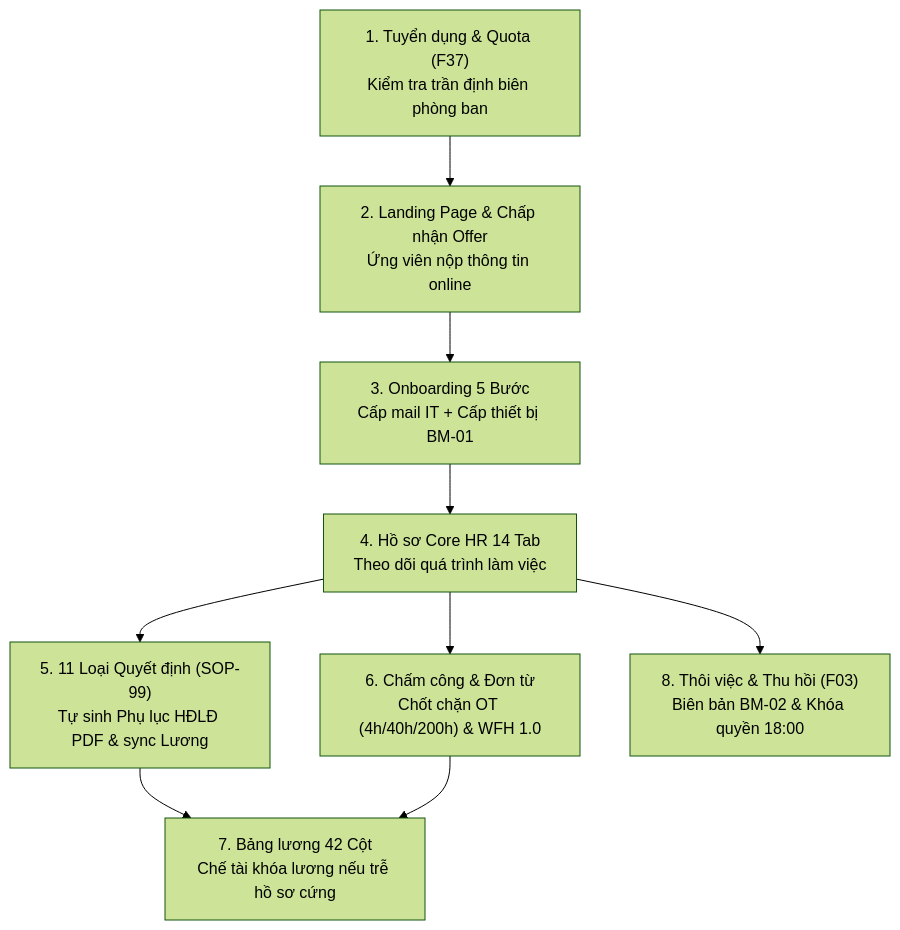
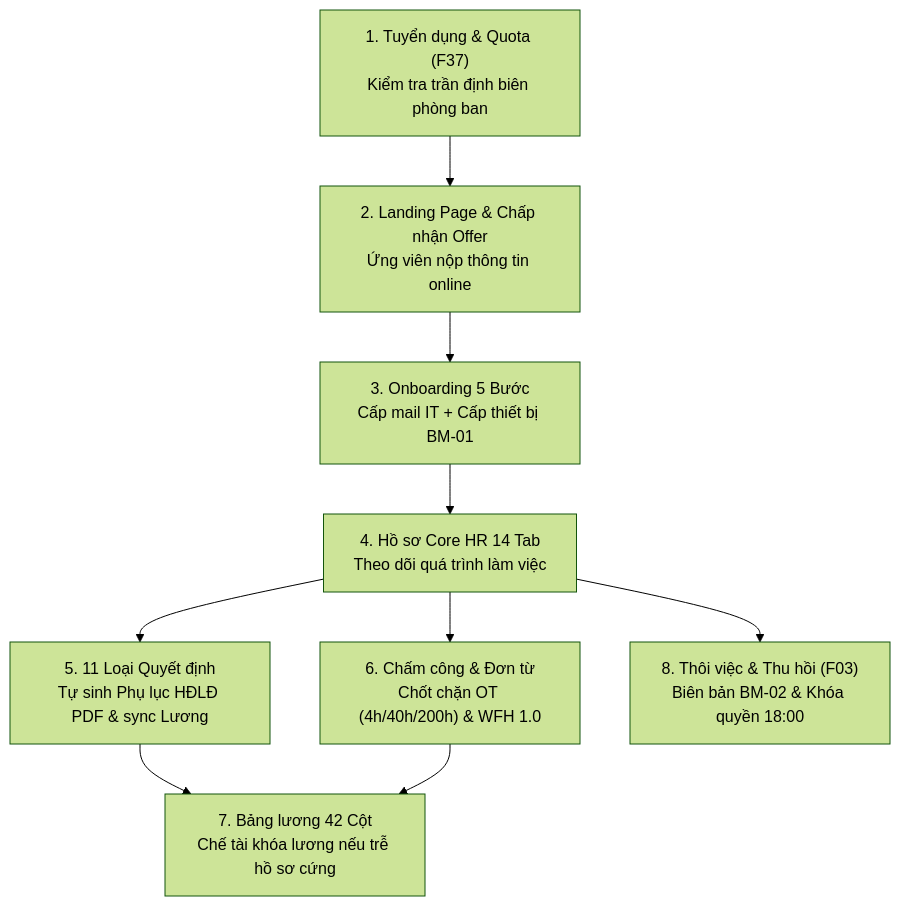
Before and after one commit to aye2710/HRM-DATN: the diagram in docs/KE_HOACH_NANG_CAP_HRM_LLA.md, drawn with Mermaid (forest theme). The commit also changed other lines of this file and 20 other files, not shown here.

Commit message:
docs(spec): them bo tai lieu yeu cau nghiep vu BRD va thiet ke CSDL ERD

````diff
--- a/docs/KE_HOACH_NANG_CAP_HRM_LLA.md
+++ b/docs/KE_HOACH_NANG_CAP_HRM_LLA.md
@@ -29,11 +29,11 @@
 ```mermaid
 flowchart TD
     A["1. Tuyển dụng & Quota (F37)<br>Kiểm tra trần định biên phòng ban"] --> B["2. Landing Page & Chấp nhận Offer<br>Ứng viên nộp thông tin online"]
     B --> C["3. Onboarding 5 Bước<br>Cấp mail IT + Cấp thiết bị BM-01"]
     C --> D["4. Hồ sơ Core HR 14 Tab<br>Theo dõi quá trình làm việc"]
-    D --> E["5. 11 Loại Quyết định (SOP-99)<br>Tự sinh Phụ lục HĐLĐ PDF & sync Lương"]
+    D --> E["5. 11 Loại Quyết định<br>Tự sinh Phụ lục HĐLĐ PDF & sync Lương"]
     D --> F["6. Chấm công & Đơn từ<br>Chốt chặn OT (4h/40h/200h) & WFH 1.0"]
     E --> G["7. Bảng lương 42 Cột<br>Chế tài khóa lương nếu trễ hồ sơ cứng"]
     F --> G
     D --> H["8. Thôi việc & Thu hồi (F03)<br>Biên bản BM-02 & Khóa quyền 18:00"]
 ```
````
